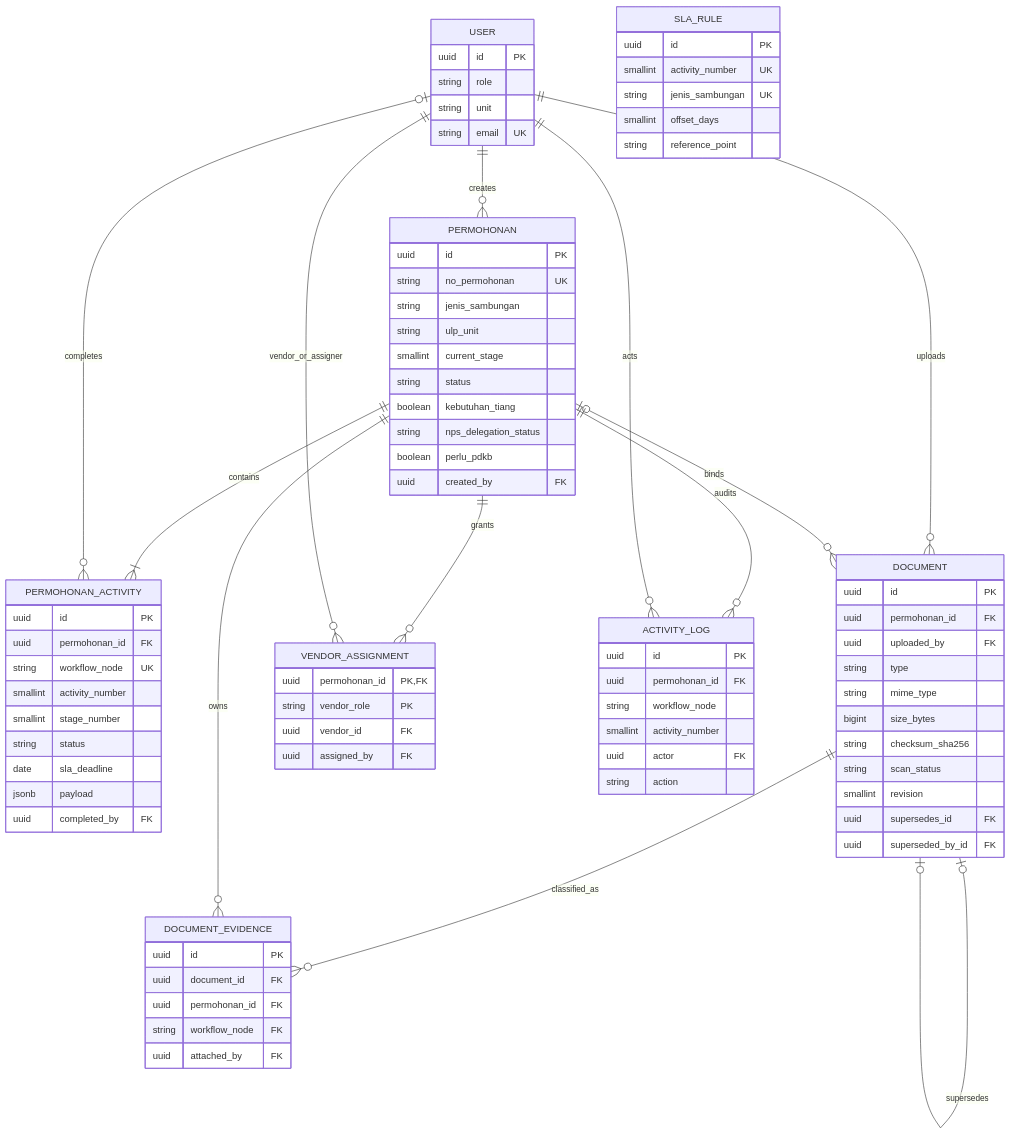
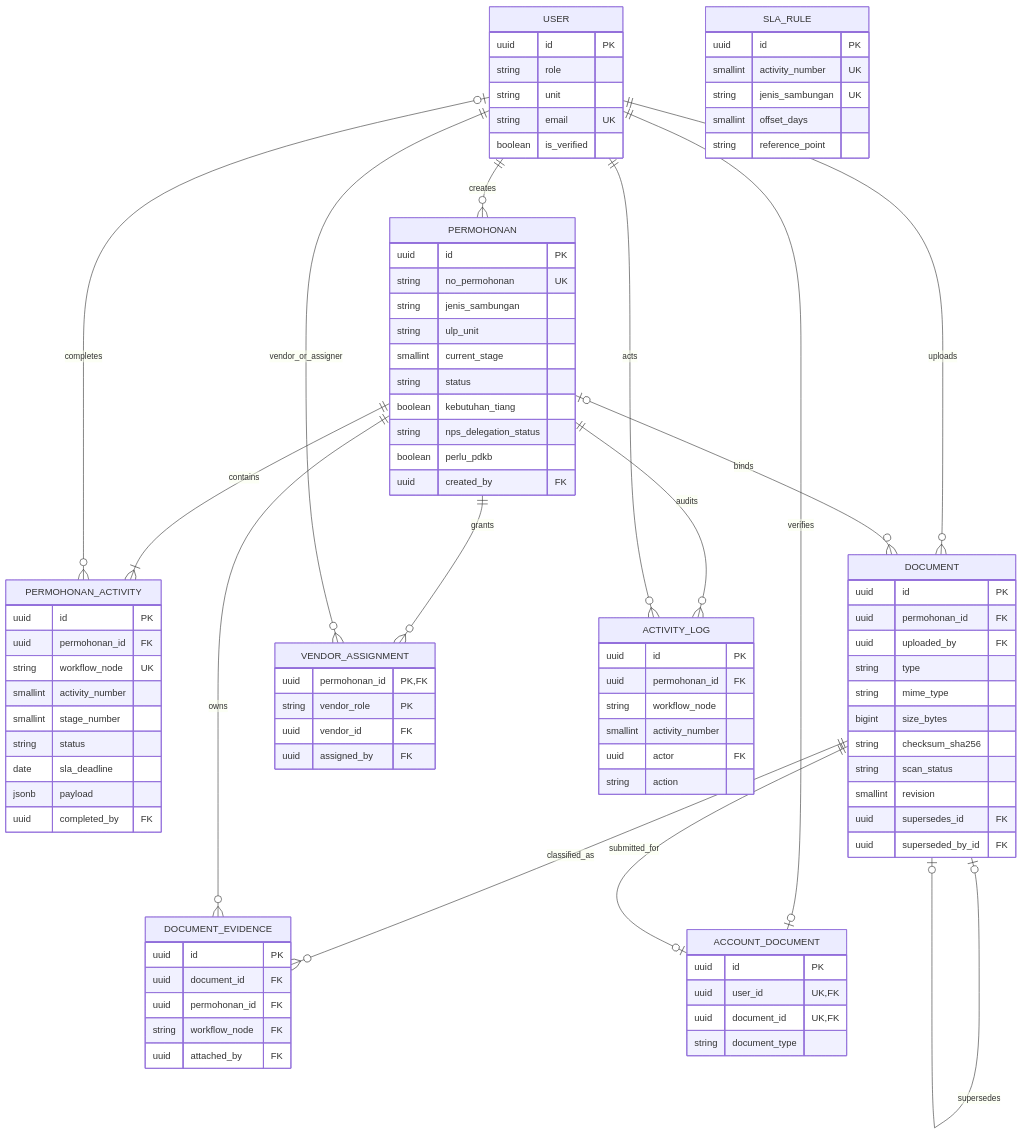
Before and after one commit to pln-colabora/colabora-be: the diagram in docs/architecture/diagrams/06-data-model.md, drawn with Mermaid. The commit also changed other lines of this file and 24 other files, not shown here.

Commit message:
feat: add document on register user

```diff
--- a/docs/architecture/diagrams/06-data-model.md
+++ b/docs/architecture/diagrams/06-data-model.md
@@ -10,6 +10,7 @@
     string role
     string unit
     string email UK
+    boolean is_verified
   }
   PERMOHONAN {
     uuid id PK
@@ -54,6 +55,12 @@
     string workflow_node FK
     uuid attached_by FK
   }
+  ACCOUNT_DOCUMENT {
+    uuid id PK
+    uuid user_id UK,FK
+    uuid document_id UK,FK
+    string document_type
+  }
   VENDOR_ASSIGNMENT {
     uuid permohonan_id PK,FK
     string vendor_role PK
@@ -80,6 +87,8 @@
   PERMOHONAN ||--|{ PERMOHONAN_ACTIVITY : contains
   USER o|--o{ PERMOHONAN_ACTIVITY : completes
   USER ||--o{ DOCUMENT : uploads
+  USER ||--o| ACCOUNT_DOCUMENT : verifies
+  DOCUMENT ||--o| ACCOUNT_DOCUMENT : submitted_for
   PERMOHONAN o|--o{ DOCUMENT : binds
   DOCUMENT ||--o{ DOCUMENT_EVIDENCE : classified_as
   PERMOHONAN ||--o{ DOCUMENT_EVIDENCE : owns
```
